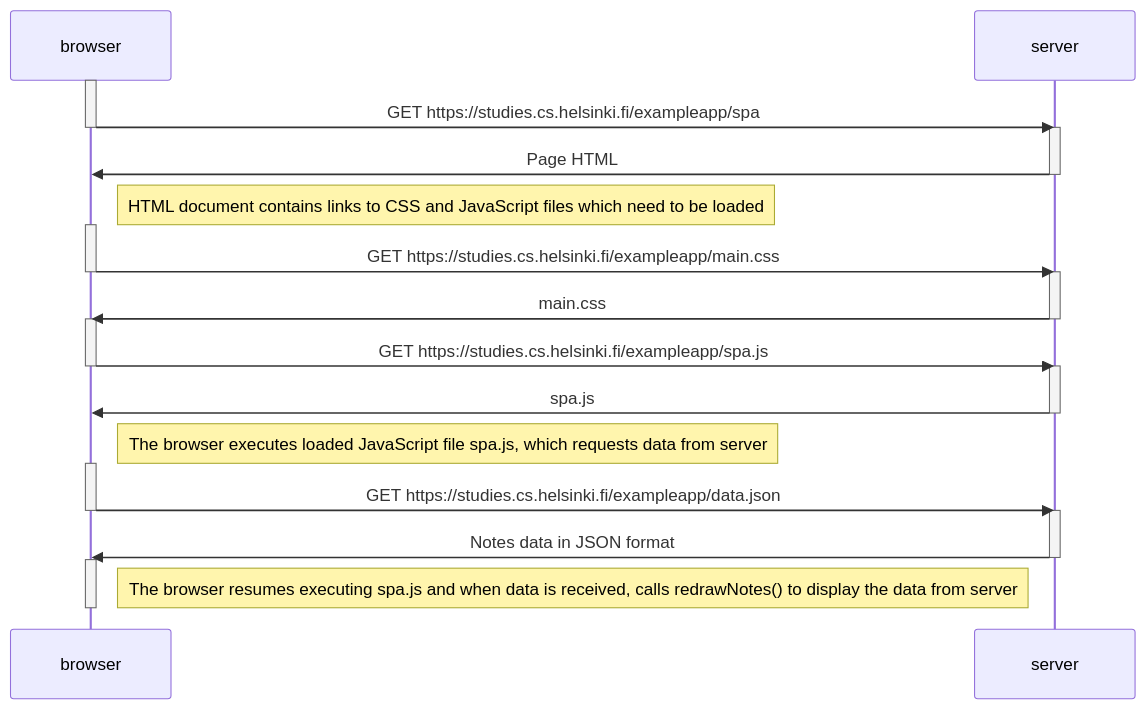
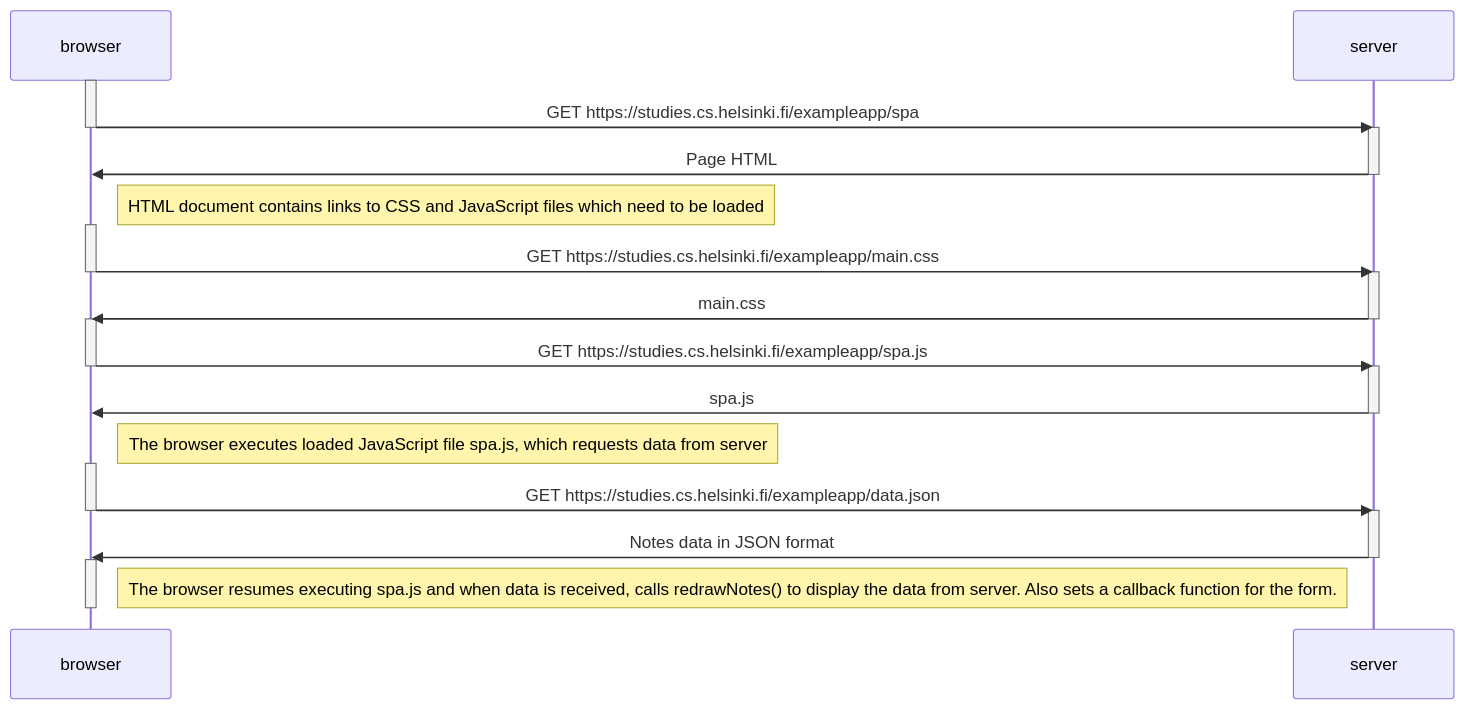
One commit to ekelhala/fullstackopen changed the second of 3 diagrams in part0/README.md. Above: the diagram before and after it, drawn with Mermaid. The commit also changed other lines of this file, not shown here.

````diff
--- a/part0/README.md
+++ b/part0/README.md
@@ -50,35 +50,38 @@
 ```mermaid
 sequenceDiagram
 participant browser
 participant server
     activate browser
     browser->>server: GET https://studies.cs.helsinki.fi/exampleapp/spa
     deactivate browser
+
     activate server
     server->>browser: Page HTML
     deactivate server
+
     Note right of browser: HTML document contains links to CSS and JavaScript files which need to be loaded
     activate browser
     browser->>server: GET https://studies.cs.helsinki.fi/exampleapp/main.css
     deactivate browser
     activate server
     server->>browser: main.css
     deactivate server
     activate browser
     browser->>server: GET https://studies.cs.helsinki.fi/exampleapp/spa.js
     deactivate browser
     activate server
     server->>browser: spa.js
     deactivate server
+
     Note right of browser: The browser executes loaded JavaScript file spa.js, which requests data from server
     activate browser
     browser->>server: GET https://studies.cs.helsinki.fi/exampleapp/data.json
     deactivate browser
     activate server
     server->>browser: Notes data in JSON format
     deactivate server
     activate browser
-    Note right of browser: The browser resumes executing spa.js and when data is received, calls redrawNotes() to display the data from server
+    Note right of browser: The browser resumes executing spa.js and when data is received, calls redrawNotes() to display the data from server. Also sets a callback function for the form.
     deactivate browser
     
 ```
````
